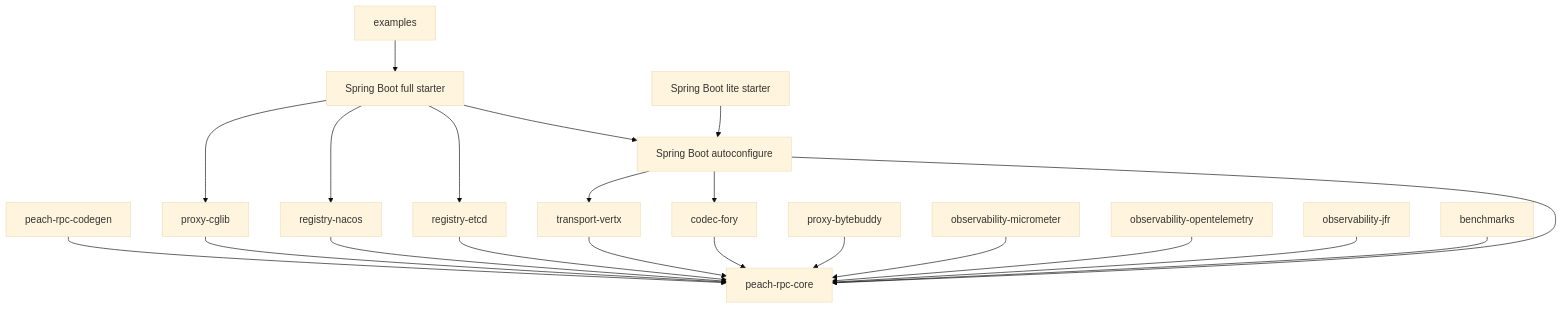
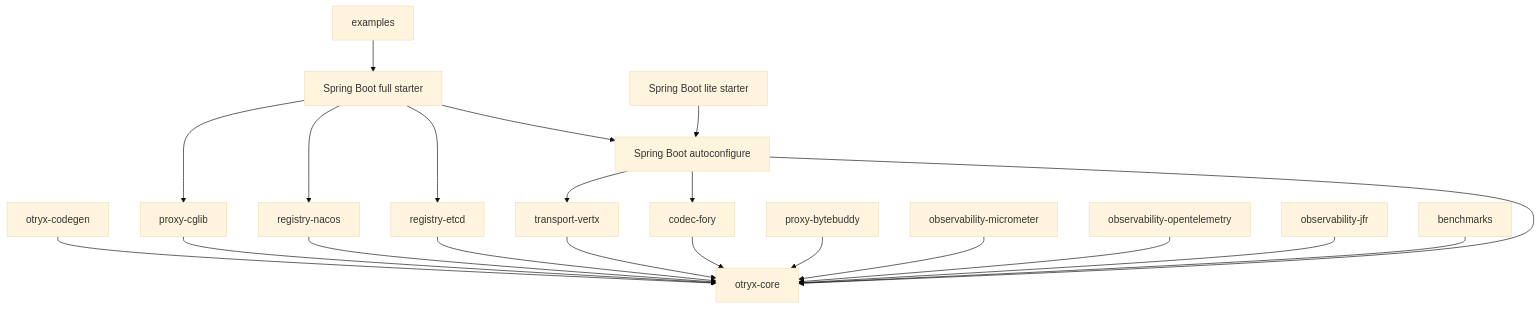
The diagram in docs/project-structure.md (Ryan-Guizhou/peach-rpc), drawn with Mermaid (base theme) before and after one commit. The commit also changed other lines of this file and 339 other files, not shown here.

````diff
--- a/docs/project-structure.md
+++ b/docs/project-structure.md
@@ -43,40 +43,40 @@
 ```mermaid
 flowchart TB
-    Core[peach-rpc-core]
-    Codegen[peach-rpc-codegen]
+    Core[otryx-core]
+    Codegen[otryx-codegen]
     Fory[codec-fory]
     Vertx[transport-vertx]
     Etcd[registry-etcd]
     Nacos[registry-nacos]
     Cglib[proxy-cglib]
     ByteBuddy[proxy-bytebuddy]
     Micro[observability-micrometer]
     OTel[observability-opentelemetry]
     Jfr[observability-jfr]
     Auto[Spring Boot autoconfigure]
     Starter[Spring Boot full starter]
     Lite[Spring Boot lite starter]
     Examples[examples]
     Bench[benchmarks]
 
     Codegen --> Core
     Fory --> Core
     Vertx --> Core
     Etcd --> Core
     Nacos --> Core
     Cglib --> Core
     ByteBuddy --> Core
     Micro --> Core
     OTel --> Core
     Jfr --> Core
     Auto --> Core
     Auto --> Fory
     Auto --> Vertx
     Starter --> Auto
     Starter --> Etcd
     Starter --> Nacos
     Starter --> Cglib
     Lite --> Auto
     Examples --> Starter
     Bench --> Core
 ```
````
